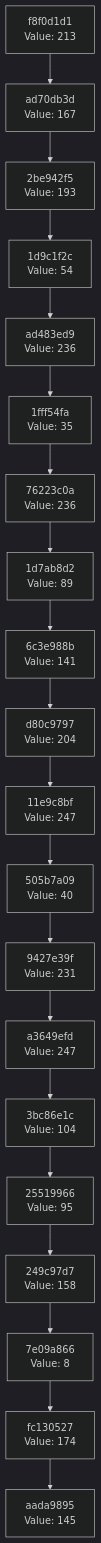
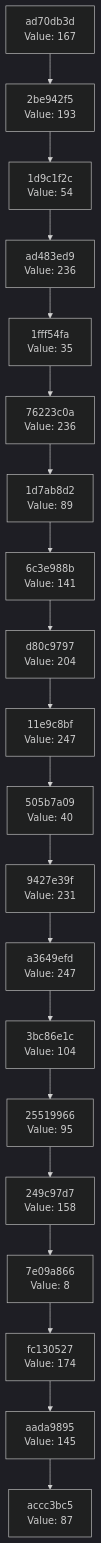
The diagram in docs/CHAIN_VISUALIZATION.md (Abhisheksinha1506/hash-chain-evolver), drawn with Mermaid (dark theme) before and after one commit. The commit also changed 1 other file, not shown here.

Commit message:
Evolution step: hash 0x57 → action executed

````diff
--- a/docs/CHAIN_VISUALIZATION.md
+++ b/docs/CHAIN_VISUALIZATION.md
@@ -3,42 +3,42 @@
 ```mermaid
 graph TD
-    C0["aada9895<br/>Value: 145"]
-    C1["fc130527<br/>Value: 174"]
+    C0["accc3bc5<br/>Value: 87"]
+    C1["aada9895<br/>Value: 145"]
     C1 --> C0
-    C2["7e09a866<br/>Value: 8"]
+    C2["fc130527<br/>Value: 174"]
     C2 --> C1
-    C3["249c97d7<br/>Value: 158"]
+    C3["7e09a866<br/>Value: 8"]
     C3 --> C2
-    C4["25519966<br/>Value: 95"]
+    C4["249c97d7<br/>Value: 158"]
     C4 --> C3
-    C5["3bc86e1c<br/>Value: 104"]
+    C5["25519966<br/>Value: 95"]
     C5 --> C4
-    C6["a3649efd<br/>Value: 247"]
+    C6["3bc86e1c<br/>Value: 104"]
     C6 --> C5
-    C7["9427e39f<br/>Value: 231"]
+    C7["a3649efd<br/>Value: 247"]
     C7 --> C6
-    C8["505b7a09<br/>Value: 40"]
+    C8["9427e39f<br/>Value: 231"]
     C8 --> C7
-    C9["11e9c8bf<br/>Value: 247"]
+    C9["505b7a09<br/>Value: 40"]
     C9 --> C8
-    C10["d80c9797<br/>Value: 204"]
+    C10["11e9c8bf<br/>Value: 247"]
     C10 --> C9
-    C11["6c3e988b<br/>Value: 141"]
+    C11["d80c9797<br/>Value: 204"]
     C11 --> C10
-    C12["1d7ab8d2<br/>Value: 89"]
+    C12["6c3e988b<br/>Value: 141"]
     C12 --> C11
-    C13["76223c0a<br/>Value: 236"]
+    C13["1d7ab8d2<br/>Value: 89"]
     C13 --> C12
-    C14["1fff54fa<br/>Value: 35"]
+    C14["76223c0a<br/>Value: 236"]
     C14 --> C13
-    C15["ad483ed9<br/>Value: 236"]
+    C15["1fff54fa<br/>Value: 35"]
     C15 --> C14
-    C16["1d9c1f2c<br/>Value: 54"]
+    C16["ad483ed9<br/>Value: 236"]
     C16 --> C15
-    C17["2be942f5<br/>Value: 193"]
+    C17["1d9c1f2c<br/>Value: 54"]
     C17 --> C16
-    C18["ad70db3d<br/>Value: 167"]
+    C18["2be942f5<br/>Value: 193"]
     C18 --> C17
-    C19["f8f0d1d1<br/>Value: 213"]
+    C19["ad70db3d<br/>Value: 167"]
     C19 --> C18
 ```
````
